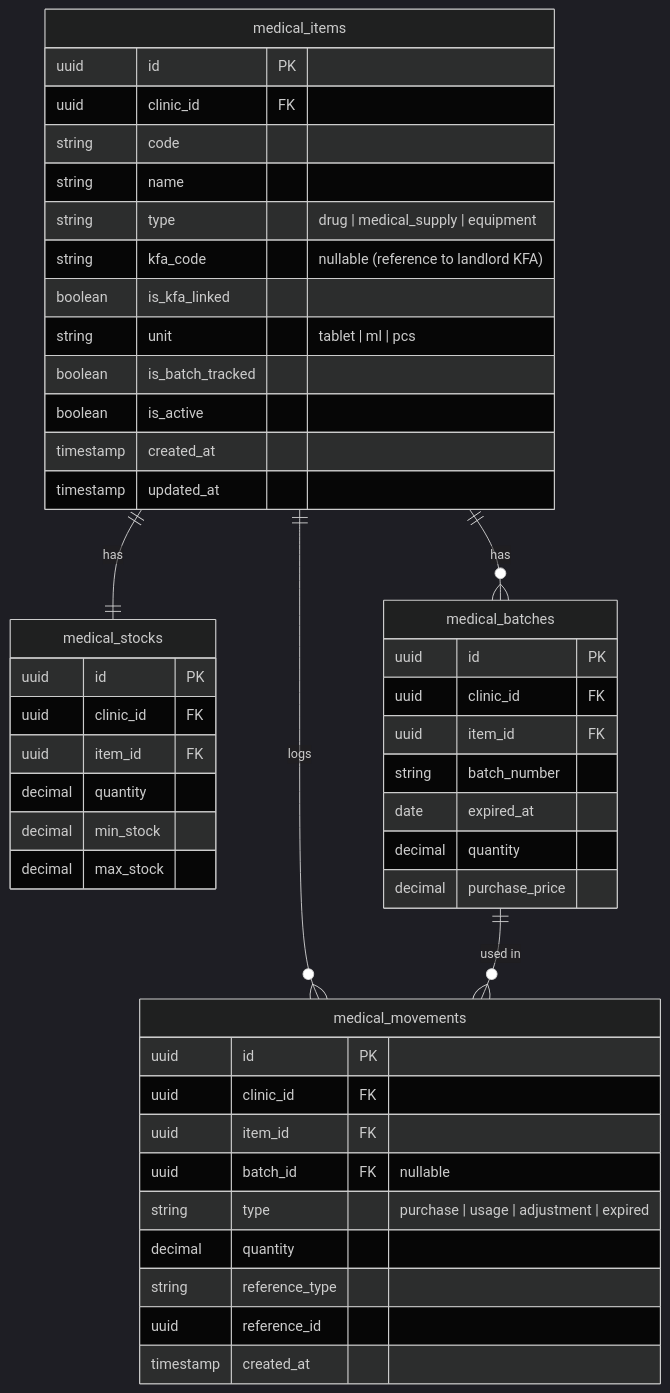
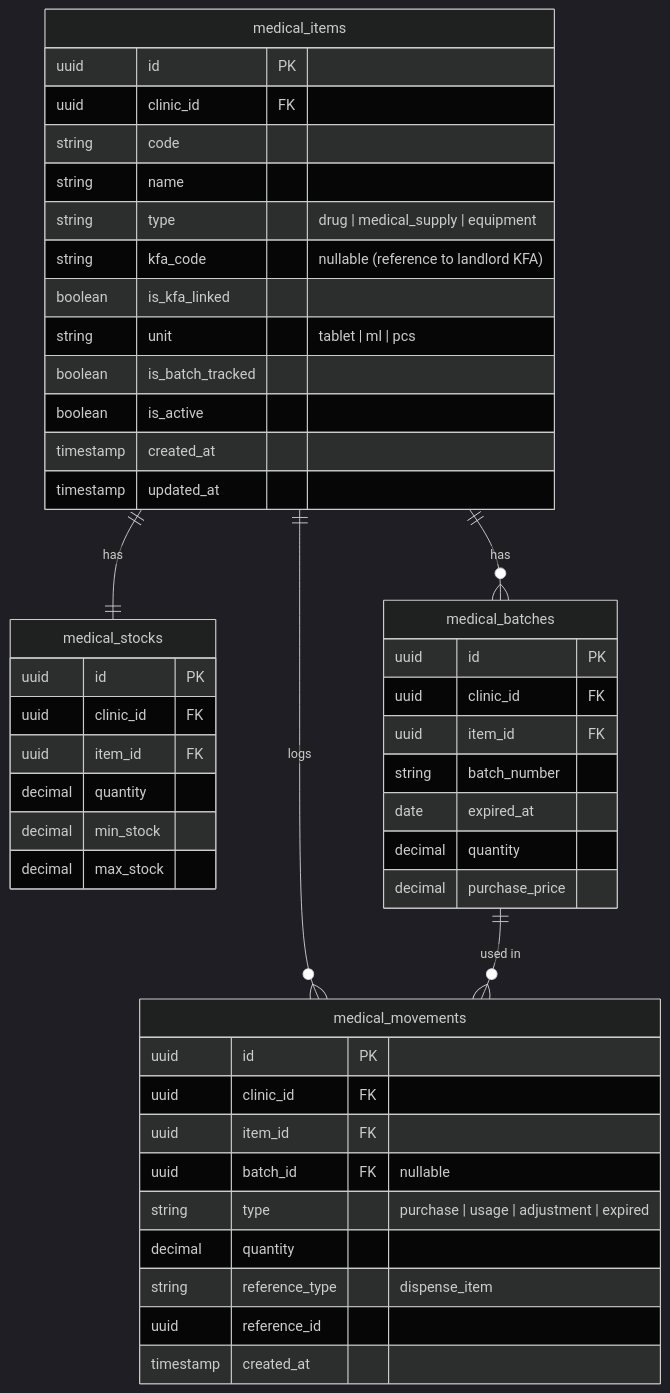
The diagram in ERD/erd-new-tenant-domain-inventory.mmd (mad-af/sim-clinic-documentation), drawn with Mermaid (dark theme) before and after one commit. The commit also changed 2 other files, not shown here.

Commit message:
Update ERD for medication dispensing details
Add fields for `verified_by`, `verified_at`, `unit_price`, and
`total_price` to the `encounter_medications` and `dispense_items`
tables. Also, specify `dispense_item` as the `reference_type` for
`medical_movements`.

```diff
--- a/ERD/erd-new-tenant-domain-inventory.mmd
+++ b/ERD/erd-new-tenant-domain-inventory.mmd
@@ -1,89 +1,89 @@
 erDiagram
 
 %% ========================
 %% MEDICAL ITEMS
 %% ========================
 
 medical_items {
     uuid id PK
     uuid clinic_id FK
 
     string code
     string name
 
     string type        "drug | medical_supply | equipment"
 
     string kfa_code    "nullable (reference to landlord KFA)"
     boolean is_kfa_linked
 
     string unit        "tablet | ml | pcs"
 
     boolean is_batch_tracked
 
     boolean is_active
 
     timestamp created_at
     timestamp updated_at
 }
 
 %% ========================
 %% MEDICAL STOCKS
 %% ========================
 
 medical_stocks {
     uuid id PK
     uuid clinic_id FK
     uuid item_id FK
 
     decimal quantity
 
     decimal min_stock
     decimal max_stock
 }
 
 %% ========================
 %% MEDICAL BATCHES
 %% ========================
 
 medical_batches {
     uuid id PK
     uuid clinic_id FK
     uuid item_id FK
 
     string batch_number
     date expired_at
 
     decimal quantity
 
     decimal purchase_price
 }
 
 %% ========================
 %% MEDICAL MOVEMENTS
 %% ========================
 
 medical_movements {
     uuid id PK
     uuid clinic_id FK
     uuid item_id FK
     uuid batch_id FK "nullable"
 
     string type   "purchase | usage | adjustment | expired"
 
     decimal quantity
 
-    string reference_type
+    string reference_type "dispense_item"
     uuid reference_id
 
     timestamp created_at
 }
 
 %% ========================
 %% RELATIONSHIPS
 %% ========================
 
 medical_items ||--|| medical_stocks : "has"
 medical_items ||--o{ medical_batches : "has"
 medical_items ||--o{ medical_movements : "logs"
 
 medical_batches ||--o{ medical_movements : "used in"
```
